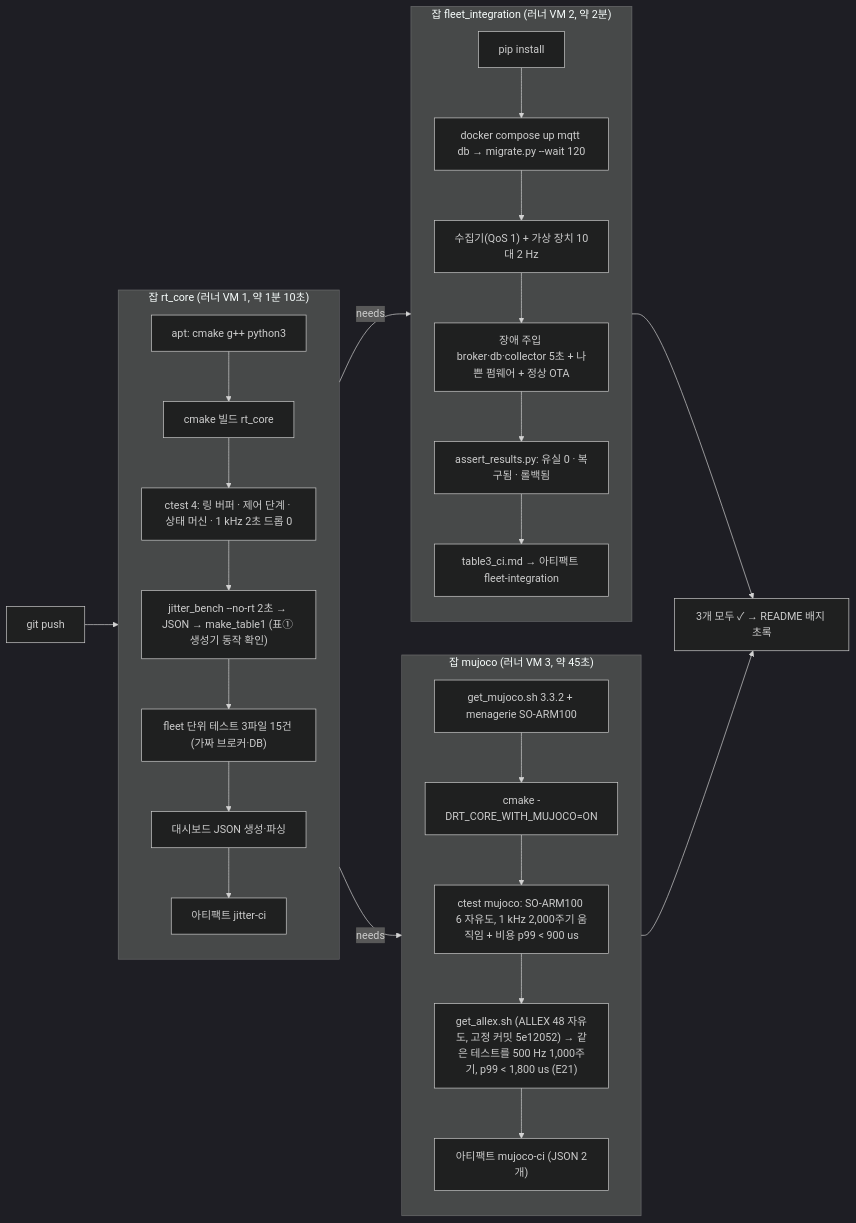
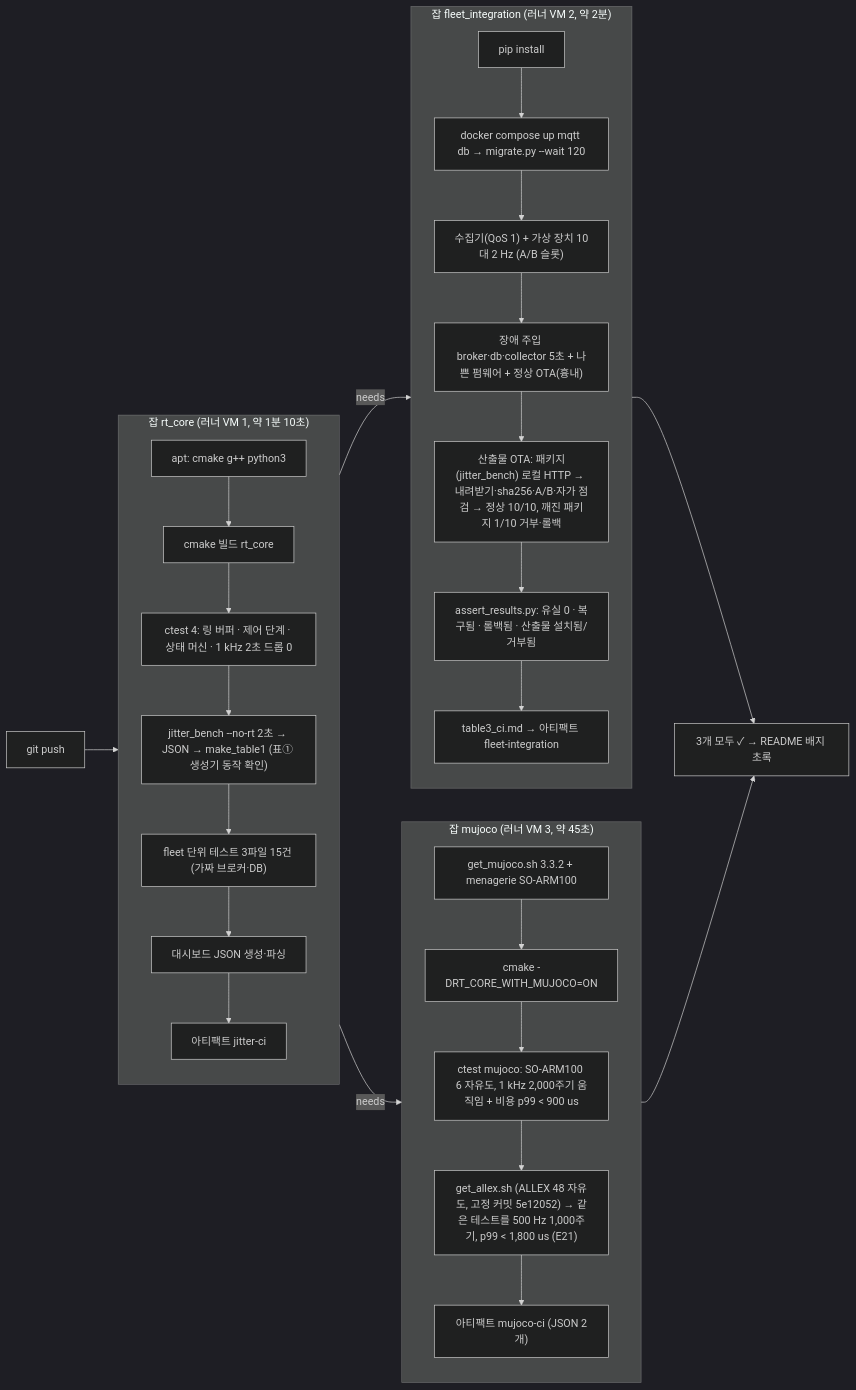
Before and after one commit to ohevance/rt-robot-data-infra: the second of 3 diagrams in docs/ENVIRONMENT.md, drawn with Mermaid (dark theme). The commit also changed other lines of this file and 32 other files, not shown here.

````diff
--- a/docs/ENVIRONMENT.md
+++ b/docs/ENVIRONMENT.md
@@ -118,25 +118,26 @@
 ```mermaid
 flowchart LR
   P["git push"] --> R1
   subgraph R1["잡 rt_core (러너 VM 1, 약 1분 10초)"]
     direction TB
     a1["apt: cmake g++ python3"] --> a2["cmake 빌드 rt_core"] --> a3["ctest 4: 링 버퍼 · 제어 단계 · 상태 머신 · 1 kHz 2초 드롭 0"]
     a3 --> a4["jitter_bench --no-rt 2초 → JSON → make_table1 (표① 생성기 동작 확인)"]
     a4 --> a5["fleet 단위 테스트 3파일 15건 (가짜 브로커·DB)"] --> a6["대시보드 JSON 생성·파싱"] --> a7["아티팩트 jitter-ci"]
   end
   R1 -- needs --> R2
   R1 -- needs --> R3
   subgraph R2["잡 fleet_integration (러너 VM 2, 약 2분)"]
     direction TB
     b1["pip install"] --> b2["docker compose up mqtt db → migrate.py --wait 120"]
-    b2 --> b3["수집기(QoS 1) + 가상 장치 10대 2 Hz"] --> b4["장애 주입 broker·db·collector 5초 + 나쁜 펌웨어 + 정상 OTA"]
-    b4 --> b5["assert_results.py: 유실 0 · 복구됨 · 롤백됨"] --> b6["table3_ci.md → 아티팩트 fleet-integration"]
+    b2 --> b3["수집기(QoS 1) + 가상 장치 10대 2 Hz (A/B 슬롯)"] --> b4["장애 주입 broker·db·collector 5초 + 나쁜 펌웨어 + 정상 OTA(흉내)"]
+    b4 --> b4b["산출물 OTA: 패키지(jitter_bench) 로컬 HTTP → 내려받기·sha256·A/B·자가 점검 → 정상 10/10, 깨진 패키지 1/10 거부·롤백"]
+    b4b --> b5["assert_results.py: 유실 0 · 복구됨 · 롤백됨 · 산출물 설치됨/거부됨"] --> b6["table3_ci.md → 아티팩트 fleet-integration"]
   end
   subgraph R3["잡 mujoco (러너 VM 3, 약 45초)"]
     direction TB
     c1["get_mujoco.sh 3.3.2 + menagerie SO-ARM100"] --> c2["cmake -DRT_CORE_WITH_MUJOCO=ON"] --> c3["ctest mujoco: SO-ARM100 6 자유도, 1 kHz 2,000주기 움직임 + 비용 p99 < 900 us"]
     c3 --> c3b["get_allex.sh (ALLEX 48 자유도, 고정 커밋 5e12052) → 같은 테스트를 500 Hz 1,000주기, p99 < 1,800 us (E21)"] --> c4["아티팩트 mujoco-ci (JSON 2개)"]
   end
   R2 --> OK["3개 모두 ✓ → README 배지 초록"]
   R3 --> OK
 ```
````
